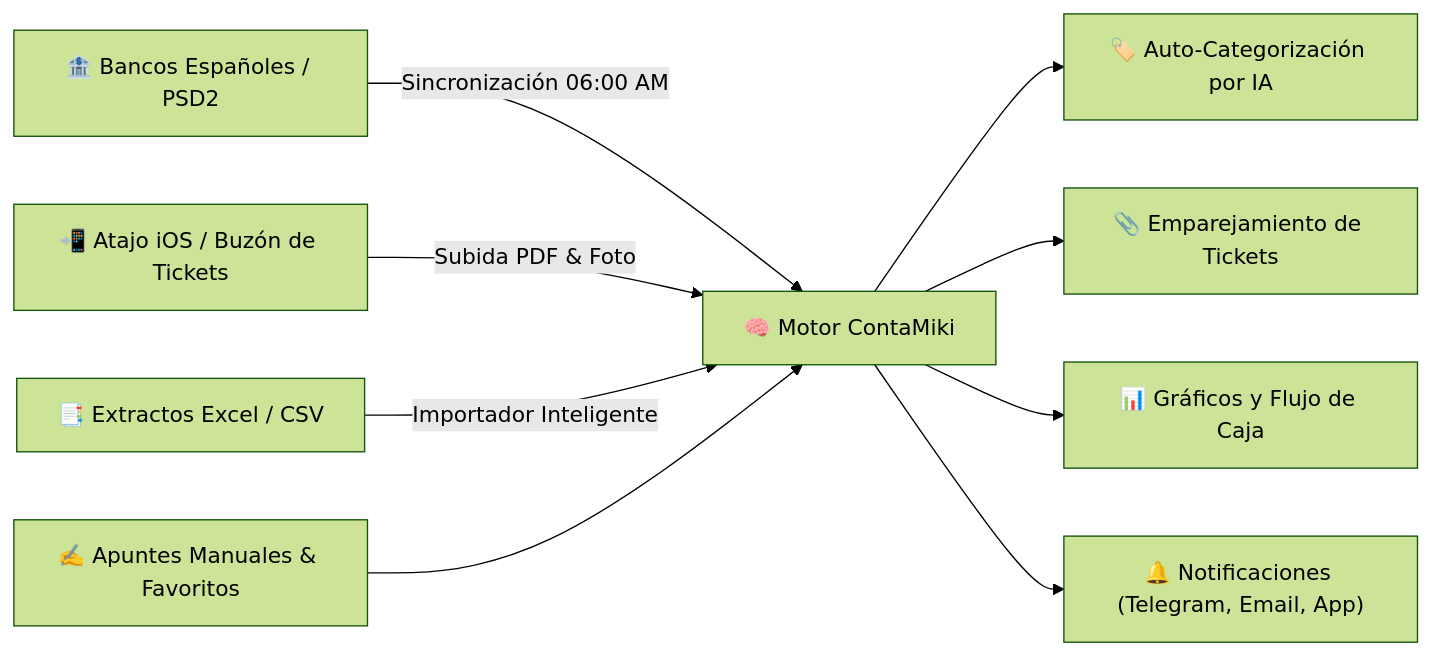
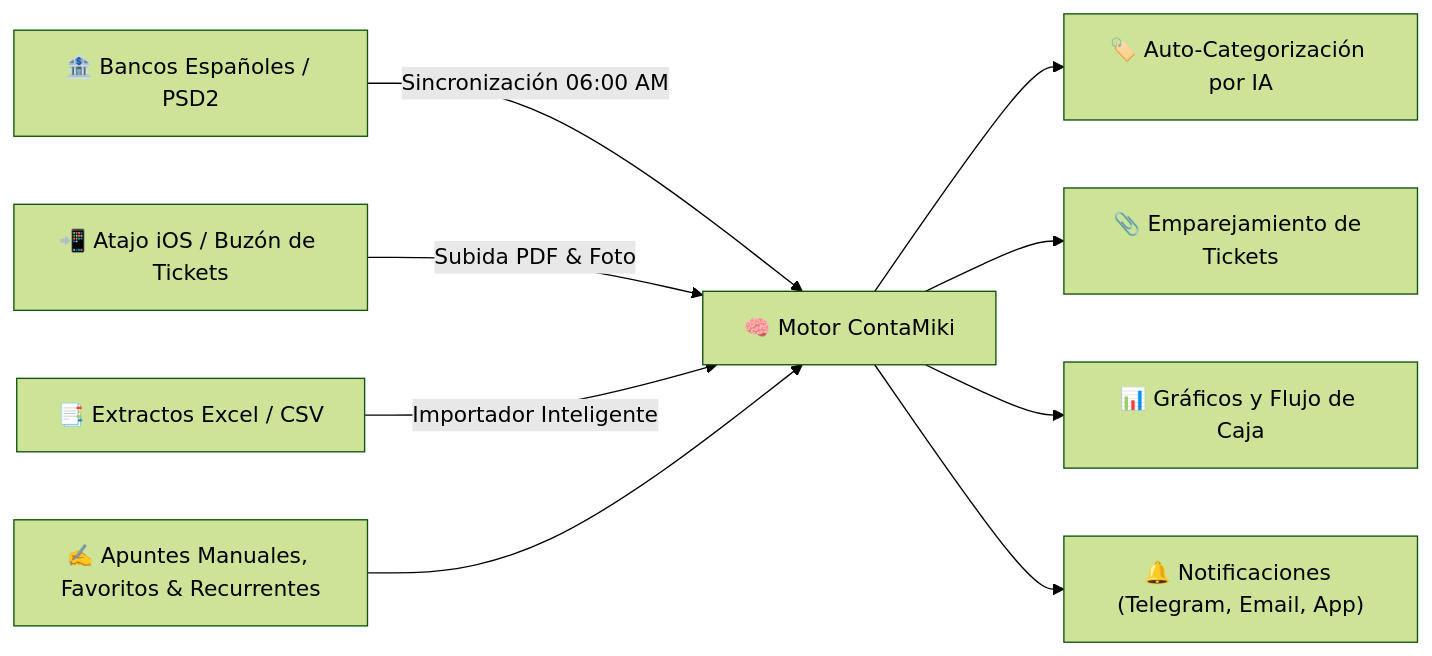
One commit to mikiaiapp/contamiki changed the diagram in README.md. Above: the diagram before and after it, drawn with Mermaid (forest theme). The commit also changed other lines of this file and 1 other file, not shown here.

Commit message:
docs(readme): replace coste recurrente with apuntes recurrentes and add apuntes favoritos; format Dashboard

````diff
--- a/README.md
+++ b/README.md
@@ -37,12 +39,12 @@
 ```mermaid
 flowchart LR
     A["🏦 Bancos Españoles / PSD2"] -->|Sincronización 06:00 AM| D["🧠 Motor ContaMiki"]
     B["📲 Atajo iOS / Buzón de Tickets"] -->|Subida PDF & Foto| D
     C["📑 Extractos Excel / CSV"] -->|Importador Inteligente| D
-    E["✍️ Apuntes Manuales & Favoritos"] --> D
+    E["✍️ Apuntes Manuales, Favoritos & Recurrentes"] --> D
     
     D --> F["🏷️ Auto-Categorización por IA"]
     D --> G["📎 Emparejamiento de Tickets"]
     D --> H["📊 Gráficos y Flujo de Caja"]
     D --> I["🔔 Notificaciones (Telegram, Email, App)"]
 ```
````
